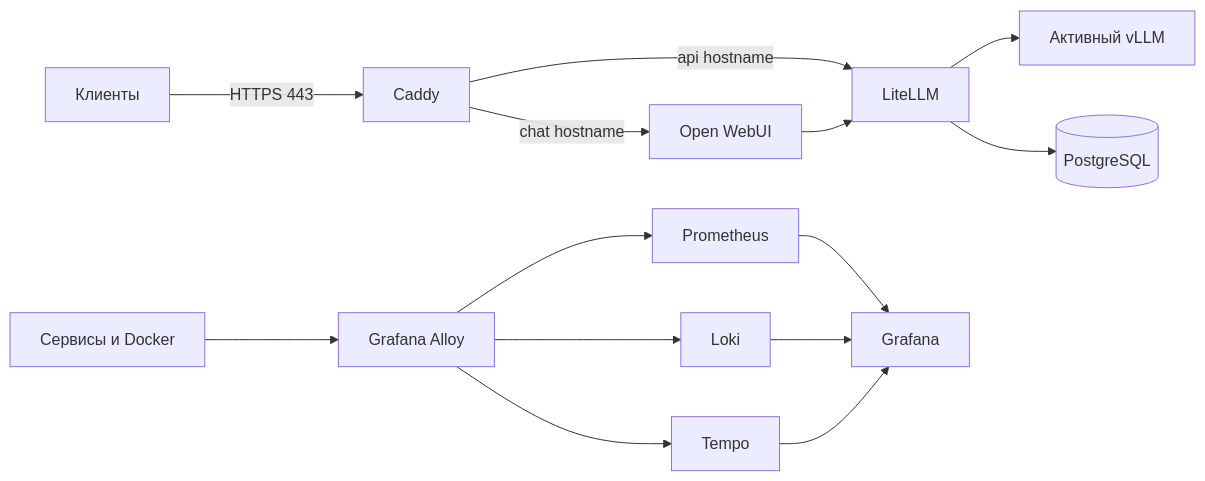
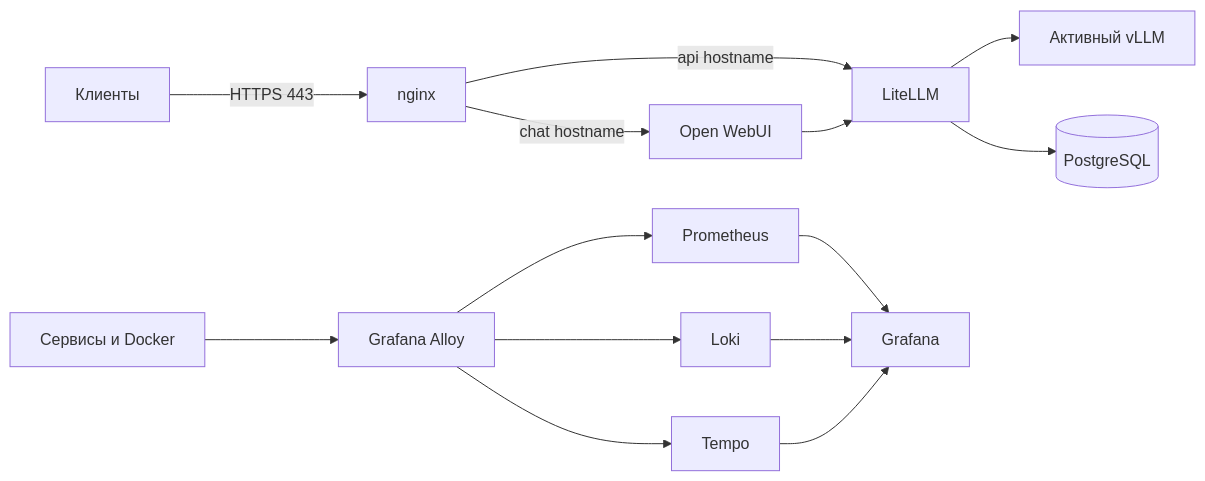
Before and after one commit to TheMrDJek/observable-vllm-stack: the second of 3 diagrams in docs/architecture.md, drawn with Mermaid. The commit also changed other lines of this file and 10 other files, not shown here.

````diff
--- a/docs/architecture.md
+++ b/docs/architecture.md
@@ -25,16 +25,16 @@
 ```mermaid
 flowchart LR
-  clientsLocal[Клиенты] -->|"HTTPS 443"| caddyLocal[Caddy]
-  caddyLocal -->|"api hostname"| litellmLocal[LiteLLM]
-  caddyLocal -->|"chat hostname"| webuiLocal[Open WebUI]
+  clientsLocal[Клиенты] -->|"HTTPS 443"| nginxLocal[nginx]
+  nginxLocal -->|"api hostname"| litellmLocal[LiteLLM]
+  nginxLocal -->|"chat hostname"| webuiLocal[Open WebUI]
   litellmLocal --> vllmLocal[Активный vLLM]
   litellmLocal --> postgresLocal[(PostgreSQL)]
   webuiLocal --> litellmLocal
   appsLocal[Сервисы и Docker] --> alloyLocal[Grafana Alloy]
   alloyLocal --> prometheusLocal[Prometheus]
   alloyLocal --> lokiLocal[Loki]
   alloyLocal --> tempoLocal[Tempo]
   prometheusLocal --> grafanaLocal[Grafana]
   lokiLocal --> grafanaLocal
   tempoLocal --> grafanaLocal
 ```
````
